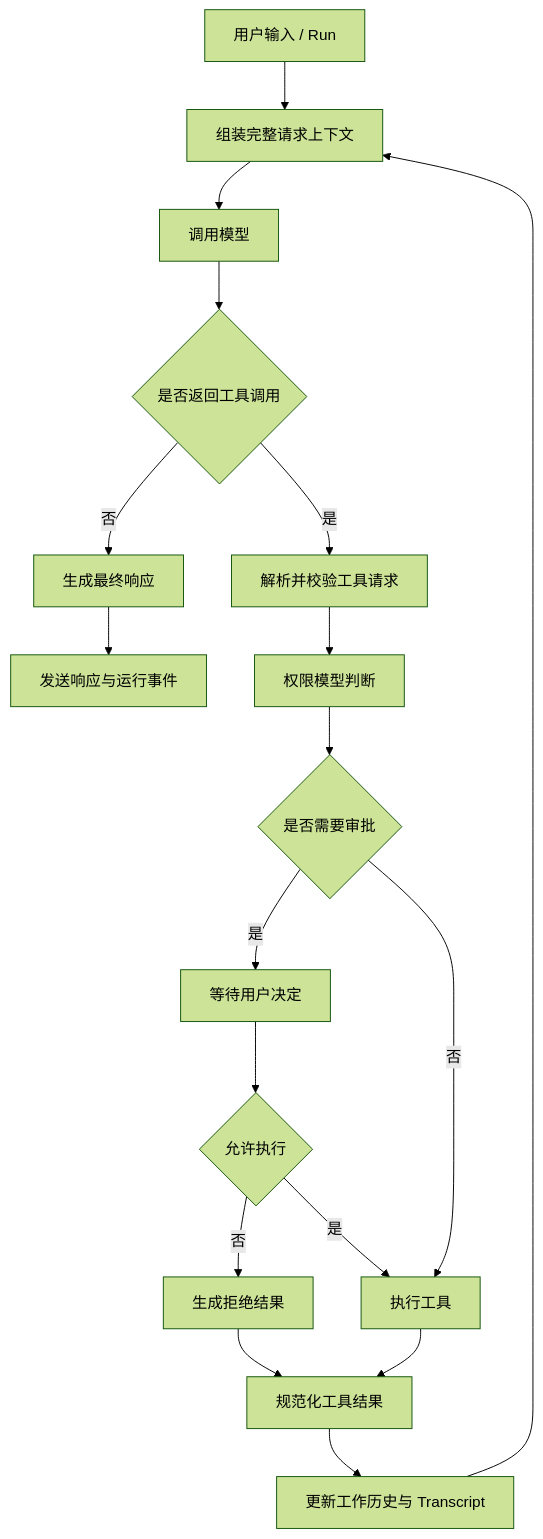
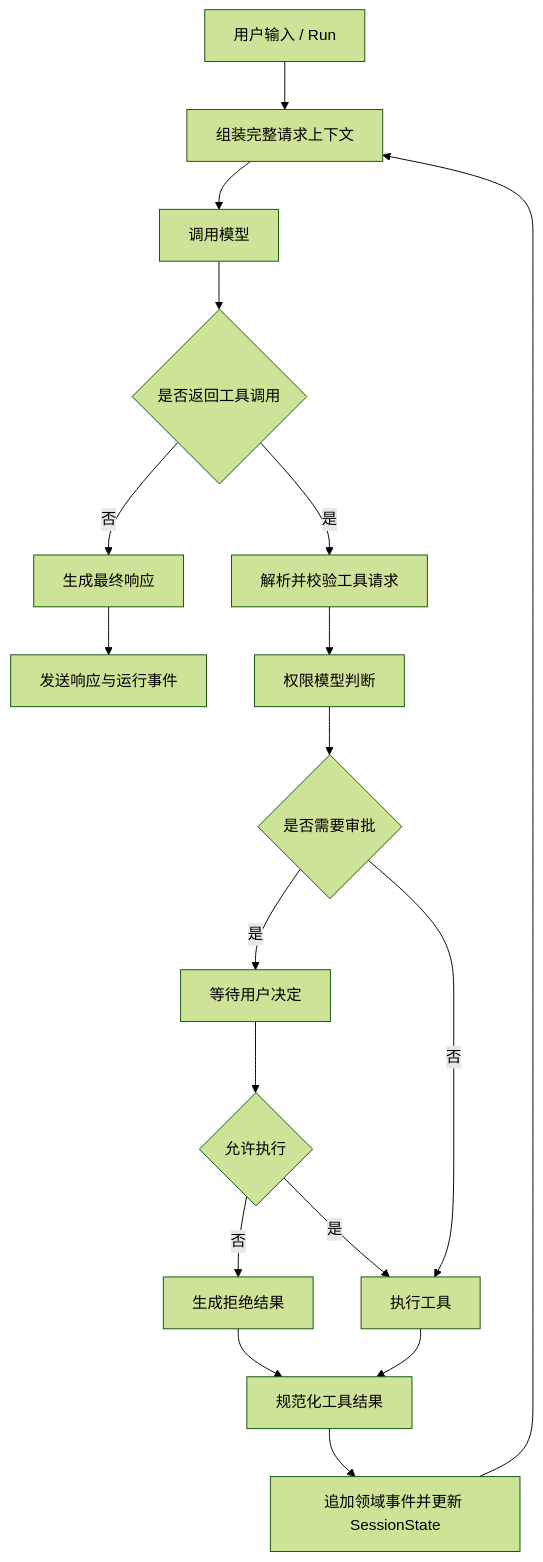
The first of 4 diagrams in README.md (codingayice/my-claude-code), drawn with Mermaid (forest theme) before and after one commit. The commit also changed other lines of this file and 65 other files, not shown here.

````diff
--- a/README.md
+++ b/README.md
@@ -36,20 +36,20 @@
 ```mermaid
 flowchart TD
     Input["用户输入 / Run"] --> Prepare["组装完整请求上下文"]
     Prepare --> Model["调用模型"]
     Model --> Decision{"是否返回工具调用"}
     Decision -- "否" --> Final["生成最终响应"]
     Decision -- "是" --> Parse["解析并校验工具请求"]
     Parse --> Permission["权限模型判断"]
     Permission --> Approval{"是否需要审批"}
     Approval -- "是" --> User["等待用户决定"]
     User --> Approved{"允许执行"}
     Approved -- "否" --> Denied["生成拒绝结果"]
     Approved -- "是" --> Execute["执行工具"]
     Approval -- "否" --> Execute
     Execute --> Result["规范化工具结果"]
     Denied --> Result
-    Result --> Record["更新工作历史与 Transcript"]
+    Result --> Record["追加领域事件并更新 SessionState"]
     Record --> Prepare
     Final --> Events["发送响应与运行事件"]
 ```
````
